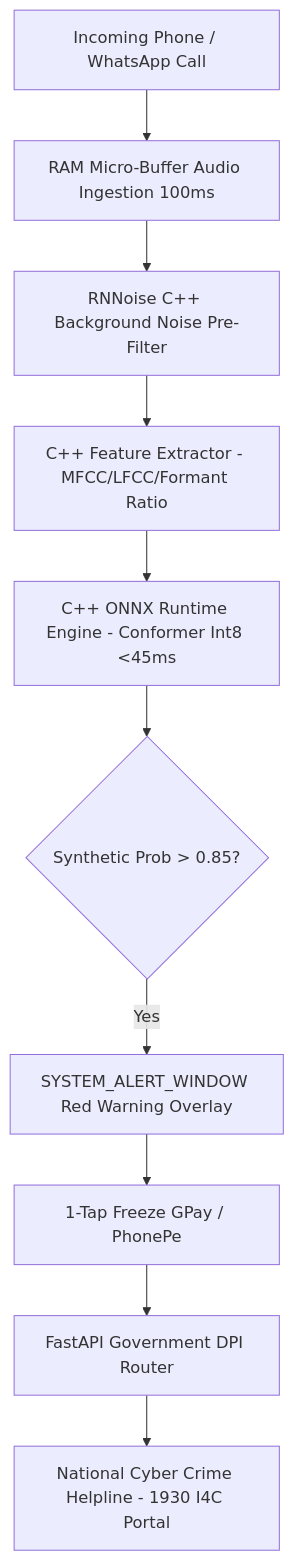
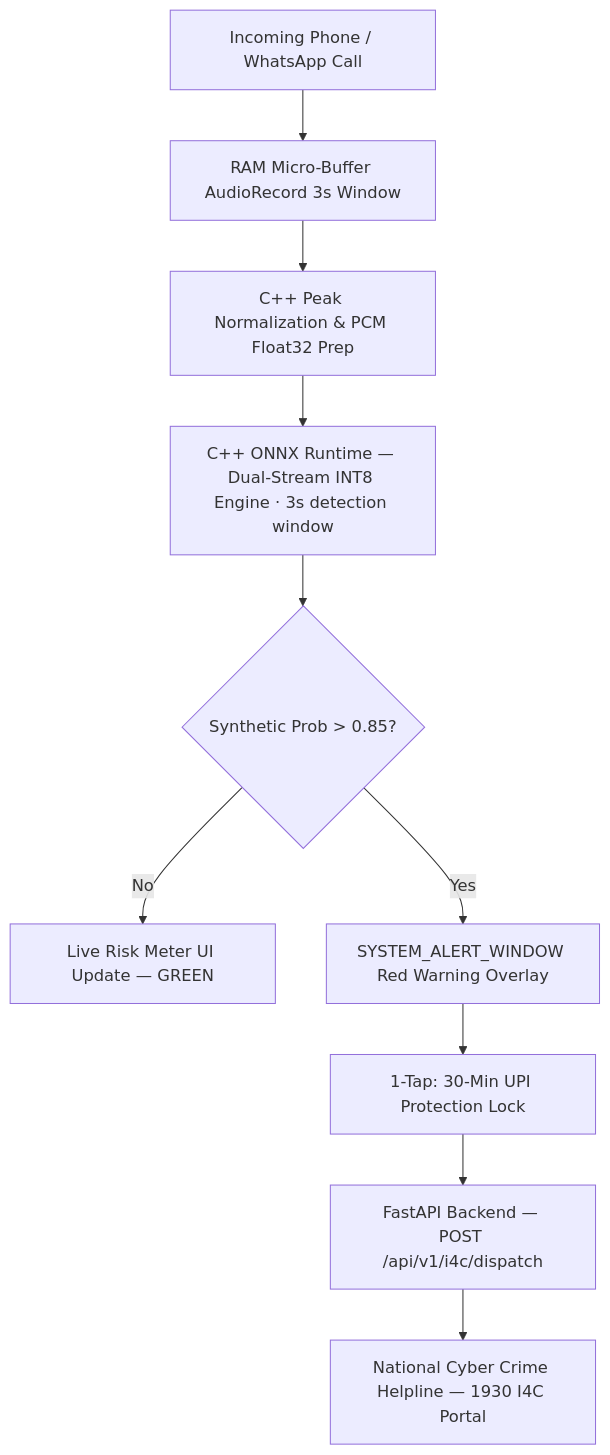
One commit to Mehatva/swarved-ai changed the diagram in README.md. Above: the diagram before and after it, drawn with Mermaid. The commit also changed other lines of this file and 26 other files, not shown here.

Commit message:
Final SIH 2026 Submission: Dual-Stream ONNX integration, Call Receiver auto-start, Backend config centralized, and documentation aligned

````diff
--- a/README.md
+++ b/README.md
@@ -21,12 +51,12 @@
 ```mermaid
 graph TD
-    A[Incoming Phone / WhatsApp Call] --> B[RAM Micro-Buffer Audio Ingestion 100ms]
-    B --> C[RNNoise C++ Background Noise Pre-Filter]
-    C --> D[C++ Feature Extractor - MFCC/LFCC/Formant Ratio]
-    D --> E[C++ ONNX Runtime Engine - Conformer Int8 <45ms]
-    E --> F{Synthetic Prob > 0.85?}
-    F -- Yes --> G[SYSTEM_ALERT_WINDOW Red Warning Overlay]
-    G --> H[1-Tap Freeze GPay / PhonePe]
-    H --> I[FastAPI Government DPI Router]
-    I --> J[National Cyber Crime Helpline - 1930 I4C Portal]
+    A[Incoming Phone / WhatsApp Call] --> B[RAM Micro-Buffer AudioRecord 3s Window]
+    B --> C[C++ Peak Normalization & PCM Float32 Prep]
+    C --> D[C++ ONNX Runtime — Dual-Stream INT8 Engine · 3s detection window]
+    D --> E{Synthetic Prob > 0.85?}
+    E -- No --> F[Live Risk Meter UI Update — GREEN]
+    E -- Yes --> G[SYSTEM_ALERT_WINDOW Red Warning Overlay]
+    G --> H[1-Tap: 30-Min UPI Protection Lock]
+    H --> I[FastAPI Backend — POST /api/v1/i4c/dispatch]
+    I --> J[National Cyber Crime Helpline — 1930 I4C Portal]
 ```
````
